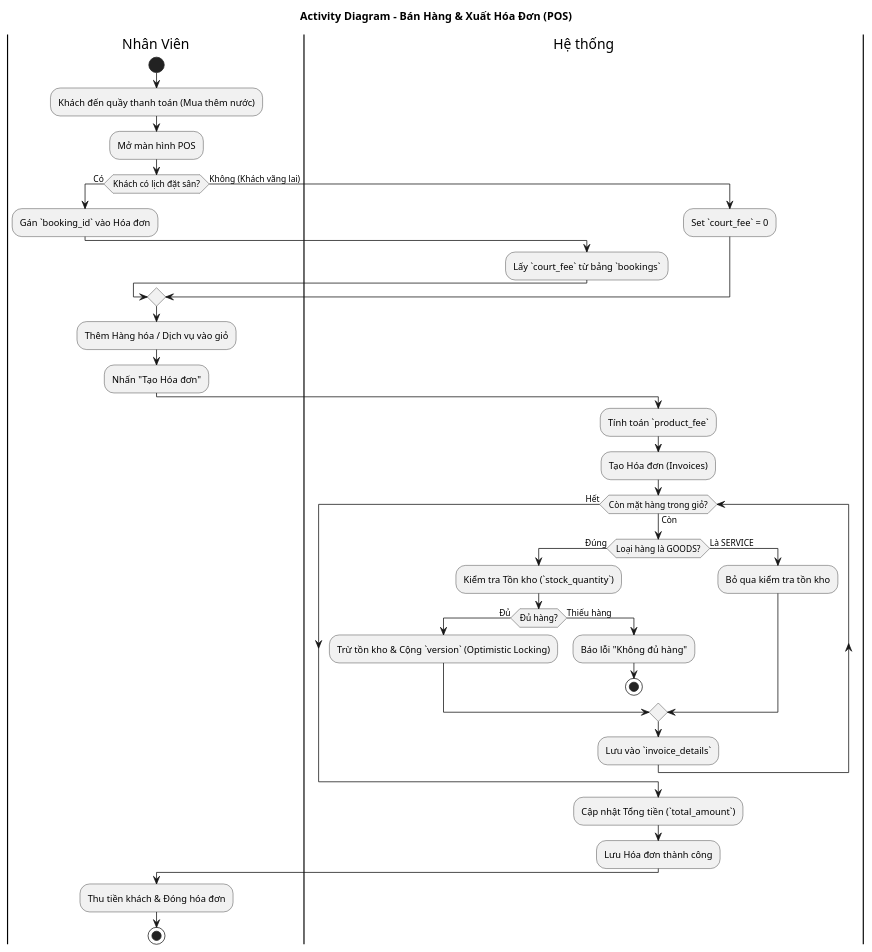
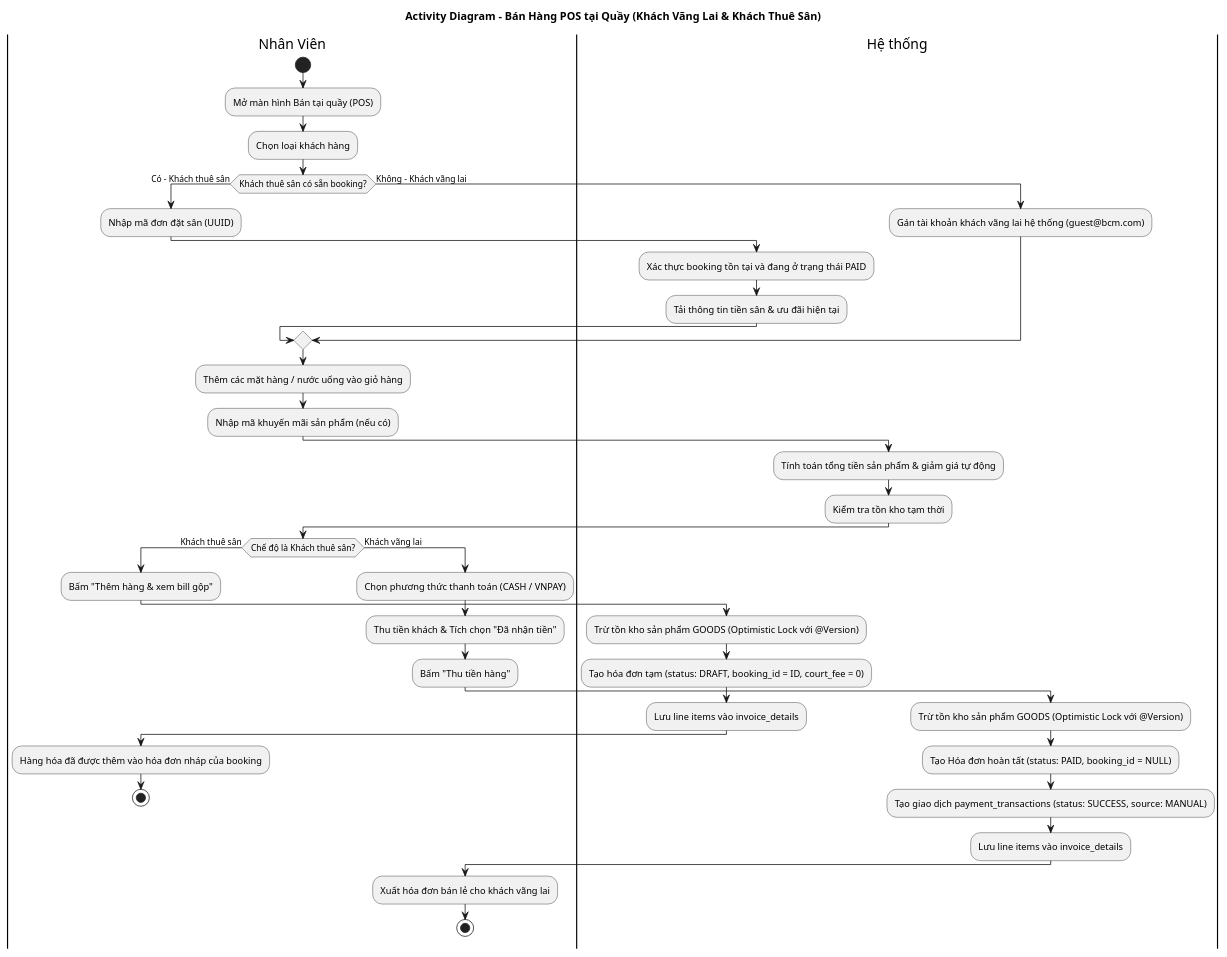
The second of 4 diagrams in docs/activity.md (hung-it/Badminton_Court_Management), drawn with PlantUML before and after one commit. The commit also changed other lines of this file and 62 other files, not shown here.

````diff
--- a/docs/activity.md
+++ b/docs/activity.md
@@ -55,48 +76,53 @@
 ```plantuml
 @startuml
-title Activity Diagram - Bán Hàng & Xuất Hóa Đơn (POS)
+title Activity Diagram - Bán Hàng POS tại Quầy (Khách Vãng Lai & Khách Thuê Sân)
 skinparam maxMessageSize 150
 
 |Nhân Viên|
 start
-:Khách đến quầy thanh toán (Mua thêm nước);
-:Mở màn hình POS;
-if (Khách có lịch đặt sân?) then (Có)
-  :Gán `booking_id` vào Hóa đơn;
+:Mở màn hình Bán tại quầy (POS);
+:Chọn loại khách hàng;
+
+if (Khách thuê sân có sẵn booking?) then (Có - Khách thuê sân)
+  :Nhập mã đơn đặt sân (UUID);
   |Hệ thống|
-  :Lấy `court_fee` từ bảng `bookings`;
-else (Không (Khách vãng lai))
+  :Xác thực booking tồn tại và đang ở trạng thái PAID;
+  :Tải thông tin tiền sân & ưu đãi hiện tại;
+else (Không - Khách vãng lai)
   |Hệ thống|
-  :Set `court_fee` = 0;
+  :Gán tài khoản khách vãng lai hệ thống (guest@bcm.com);
 endif
 
 |Nhân Viên|
-:Thêm Hàng hóa / Dịch vụ vào giỏ;
-:Nhấn "Tạo Hóa đơn";
+:Thêm các mặt hàng / nước uống vào giỏ hàng;
+:Nhập mã khuyến mãi sản phẩm (nếu có);
 
 |Hệ thống|
-:Tính toán `product_fee`;
-:Tạo Hóa đơn (Invoices);
-while (Còn mặt hàng trong giỏ?) is (Còn)
-  if (Loại hàng là GOODS?) then (Đúng)
-    :Kiểm tra Tồn kho (`stock_quantity`);
-    if (Đủ hàng?) then (Đủ)
-      :Trừ tồn kho & Cộng `version` (Optimistic Locking);
-    else (Thiếu hàng)
-      :Báo lỗi "Không đủ hàng";
-      stop
-    endif
-  else (Là SERVICE)
-    :Bỏ qua kiểm tra tồn kho;
-  endif
-  :Lưu vào `invoice_details`;
-endwhile (Hết)
-
-:Cập nhật Tổng tiền (`total_amount`);
-:Lưu Hóa đơn thành công;
+:Tính toán tổng tiền sản phẩm & giảm giá tự động;
+:Kiểm tra tồn kho tạm thời;
 
 |Nhân Viên|
-:Thu tiền khách & Đóng hóa đơn;
-stop
+if (Chế độ là Khách thuê sân?) then (Khách thuê sân)
+  :Bấm "Thêm hàng & xem bill gộp";
+  |Hệ thống|
+  :Trừ tồn kho sản phẩm GOODS (Optimistic Lock với @Version);
+  :Tạo hóa đơn tạm (status: DRAFT, booking_id = ID, court_fee = 0);
+  :Lưu line items vào invoice_details;
+  |Nhân Viên|
+  :Hàng hóa đã được thêm vào hóa đơn nháp của booking;
+  stop
+else (Khách vãng lai)
+  :Chọn phương thức thanh toán (CASH / VNPAY);
+  :Thu tiền khách & Tích chọn "Đã nhận tiền";
+  :Bấm "Thu tiền hàng";
+  |Hệ thống|
+  :Trừ tồn kho sản phẩm GOODS (Optimistic Lock với @Version);
+  :Tạo Hóa đơn hoàn tất (status: PAID, booking_id = NULL);
+  :Tạo giao dịch payment_transactions (status: SUCCESS, source: MANUAL);
+  :Lưu line items vào invoice_details;
+  |Nhân Viên|
+  :Xuất hóa đơn bán lẻ cho khách vãng lai;
+  stop
+endif
 @enduml
 ```
````
